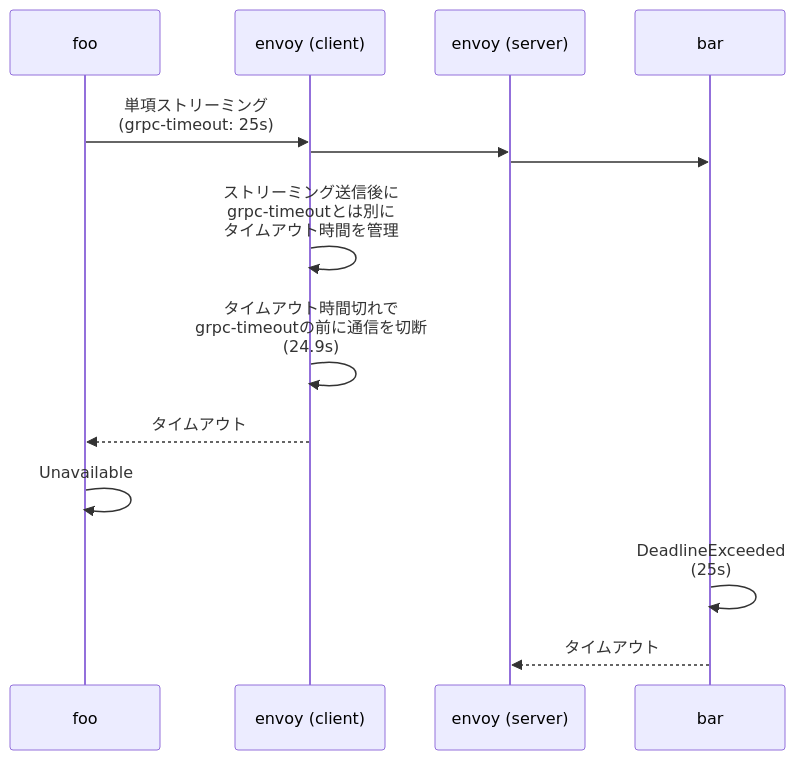
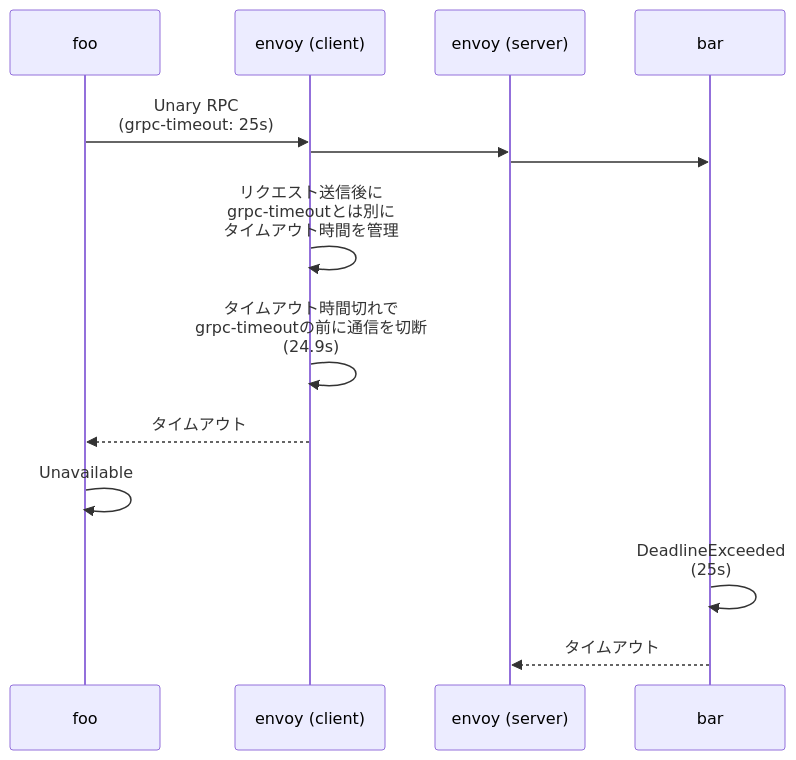
Before and after one commit to hiroki-it/tech-notebook: the second of 2 diagrams in docs/software/software_middleware_service_mesh_envoy_envoy_yaml.md, drawn with Mermaid. The commit also changed other lines of this file and 3 other files, not shown here.

````diff
--- a/docs/software/software_middleware_service_mesh_envoy_envoy_yaml.md
+++ b/docs/software/software_middleware_service_mesh_envoy_envoy_yaml.md
@@ -379,15 +379,15 @@
 ```mermaid
 sequenceDiagram
 
-    foo->>envoy (client): 単項ストリーミング<br>(grpc-timeout: 25s)
+    foo->>envoy (client): Unary RPC<br>(grpc-timeout: 25s)
     envoy (client)->>envoy (server): 
     envoy (server)->>bar: 
-    envoy (client)->>envoy (client): ストリーミング送信後に<br>grpc-timeoutとは別に<br>タイムアウト時間を管理
+    envoy (client)->>envoy (client): リクエスト送信後に<br>grpc-timeoutとは別に<br>タイムアウト時間を管理
 
     envoy (client)->>envoy (client): タイムアウト時間切れで<br>grpc-timeoutの前に通信を切断<br>(24.9s)
     envoy (client)-->>foo: タイムアウト
     foo->>foo: Unavailable
 
     bar->>bar: DeadlineExceeded<br>(25s)
     bar-->>envoy (server): タイムアウト
 ```
````
